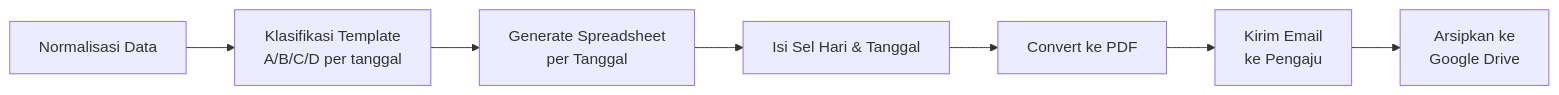
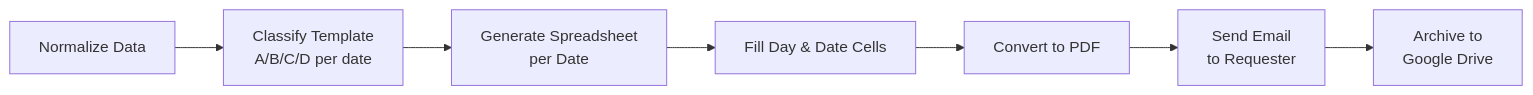
One commit to Agungtrimahmudi-automation/Jurnal-Siaga changed the second of 2 diagrams in README.md. Above: the diagram before and after it, drawn with Mermaid. The commit also changed other lines of this file, not shown here.

````diff
--- a/README.md
+++ b/README.md
@@ -92,9 +92,9 @@
 ```mermaid
 flowchart LR
-    A["Normalisasi Data"] --> B["Klasifikasi Template<br/>A/B/C/D per tanggal"]
-    B --> C["Generate Spreadsheet<br/>per Tanggal"]
-    C --> D["Isi Sel Hari & Tanggal"]
-    D --> E["Convert ke PDF"]
-    E --> F["Kirim Email<br/>ke Pengaju"]
-    F --> G["Arsipkan ke<br/>Google Drive"]
+    A["Normalize Data"] --> B["Classify Template<br/>A/B/C/D per date"]
+    B --> C["Generate Spreadsheet<br/>per Date"]
+    C --> D["Fill Day & Date Cells"]
+    D --> E["Convert to PDF"]
+    E --> F["Send Email<br/>to Requester"]
+    F --> G["Archive to<br/>Google Drive"]
 ```
````
